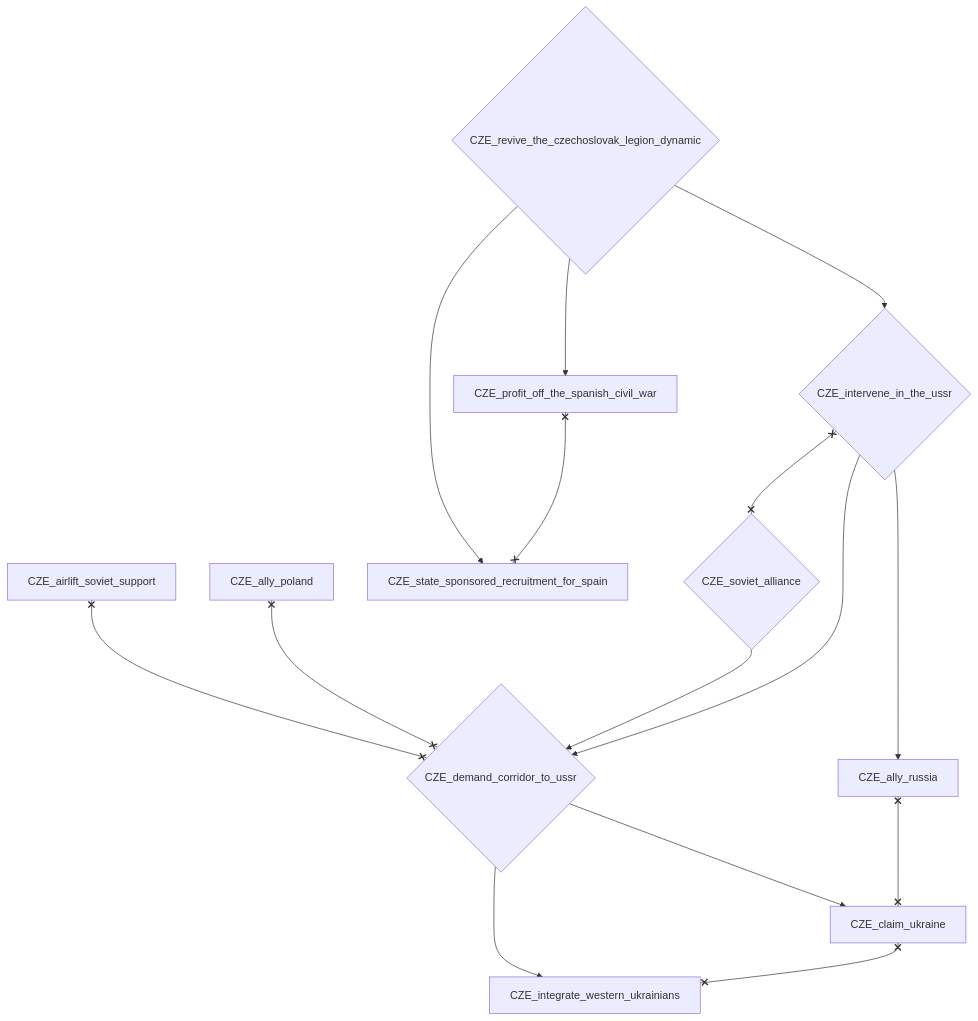
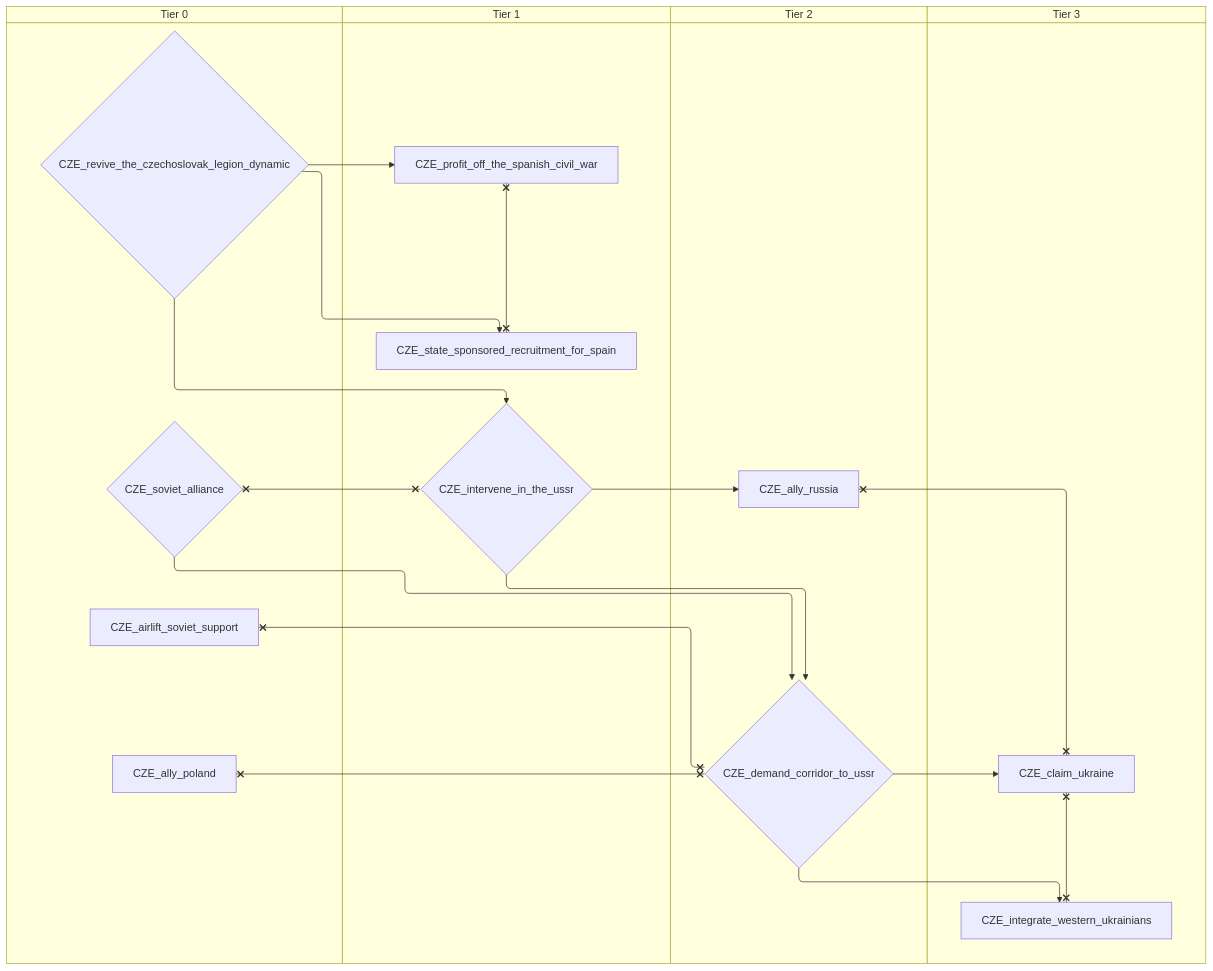
Before and after one commit to evgeny-sobol/hoi4-sandbox-mode-r56: the fourth of 5 diagrams in docs/gdd/National Focuses/r56/czechoslovakia_mu.md, drawn with Mermaid. The commit also changed other lines of this file and 423 other files, not shown here.

First line of the commit message:
Re-export Rt56 focus trees as swimlane diagrams

````diff
--- a/docs/gdd/National Focuses/r56/czechoslovakia_mu.md
+++ b/docs/gdd/National Focuses/r56/czechoslovakia_mu.md
@@ -791,28 +853,36 @@
 ```mermaid
-flowchart TD
-    n76["CZE_airlift_soviet_support"]
-    n79["CZE_ally_poland"]
-    n81["CZE_ally_russia"]
-    n89["CZE_claim_ukraine"]
-    n102{"CZE_demand_corridor_to_ussr"}
-    n121["CZE_integrate_western_ukrainians"]
-    n122{"CZE_intervene_in_the_ussr"}
-    n271["CZE_profit_off_the_spanish_civil_war"]
-    n272{"CZE_revive_the_czechoslovak_legion_dynamic"}
-    n149{"CZE_soviet_alliance"}
-    n273["CZE_state_sponsored_recruitment_for_spain"]
-    n122 --> n81
-    n102 --> n89
-    n149 --> n102
-    n122 --> n102
-    n102 --> n121
-    n272 --> n122
-    n272 --> n271
-    n272 --> n273
-    n76 x--x n102
-    n79 x--x n102
-    n81 x--x n89
-    n89 x--x n121
-    n122 x--x n149
-    n271 x--x n273
+swimlane-beta TD
+    subgraph tier_0["Tier 0"]
+        n93["CZE_airlift_soviet_support"]
+        n95["CZE_ally_poland"]
+        n271{"CZE_revive_the_czechoslovak_legion_dynamic"}
+        n90{"CZE_soviet_alliance"}
+    end
+    subgraph tier_1["Tier 1"]
+        n76{"CZE_intervene_in_the_ussr"}
+        n272["CZE_profit_off_the_spanish_civil_war"]
+        n273["CZE_state_sponsored_recruitment_for_spain"]
+    end
+    subgraph tier_2["Tier 2"]
+        n75["CZE_ally_russia"]
+        n105{"CZE_demand_corridor_to_ussr"}
+    end
+    subgraph tier_3["Tier 3"]
+        n111["CZE_claim_ukraine"]
+        n115["CZE_integrate_western_ukrainians"]
+    end
+    n76 --> n75
+    n105 --> n111
+    n90 --> n105
+    n76 --> n105
+    n105 --> n115
+    n271 --> n76
+    n271 --> n272
+    n271 --> n273
+    n93 x--x n105
+    n95 x--x n105
+    n75 x--x n111
+    n111 x--x n115
+    n76 x--x n90
+    n272 x--x n273
 ```
````
